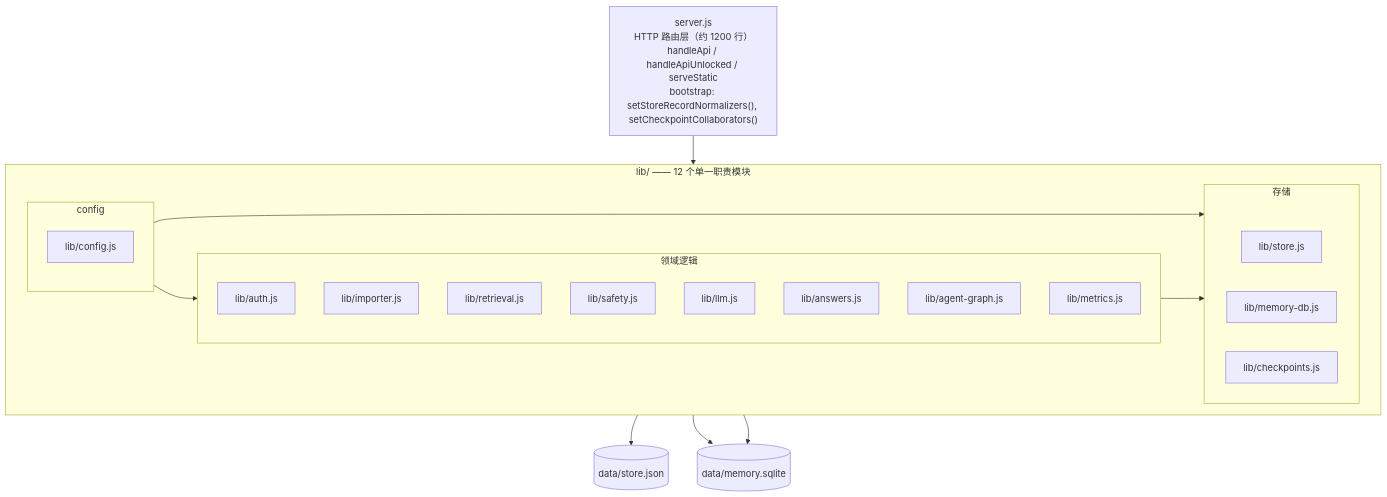
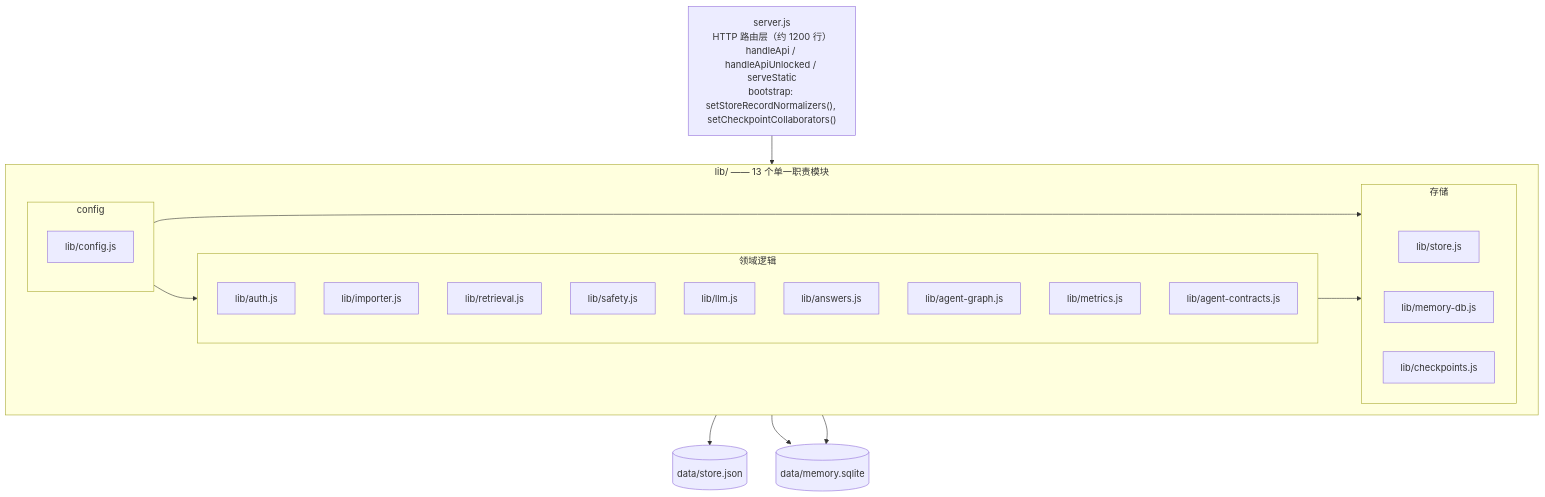
The first of 2 diagrams in README.zh-CN.md (yuk1no4090/Repomentor), drawn with Mermaid before and after one commit. The commit also changed other lines of this file and 24 other files, not shown here.

````diff
--- a/README.zh-CN.md
+++ b/README.zh-CN.md
@@ -34,37 +34,38 @@
 ```mermaid
 flowchart TD
     HTTP["server.js<br/>HTTP 路由层（约 1200 行）<br/>handleApi / handleApiUnlocked / serveStatic<br/>bootstrap: setStoreRecordNormalizers(), setCheckpointCollaborators()"]
 
-    subgraph LIB["lib/ —— 12 个单一职责模块"]
+    subgraph LIB["lib/ —— 13 个单一职责模块"]
         direction LR
         subgraph CFG["config"]
             C1["lib/config.js"]
         end
         subgraph STORE["存储"]
             S1["lib/store.js"]
             S2["lib/memory-db.js"]
             S3["lib/checkpoints.js"]
         end
         subgraph DOMAIN["领域逻辑"]
             D1["lib/auth.js"]
             D2["lib/importer.js"]
             D3["lib/retrieval.js"]
             D4["lib/safety.js"]
             D5["lib/llm.js"]
             D6["lib/answers.js"]
             D7["lib/agent-graph.js"]
             D8["lib/metrics.js"]
+            D9["lib/agent-contracts.js"]
         end
     end
 
     DATA1[("data/store.json")]
     DATA2[("data/memory.sqlite")]
 
     HTTP --> LIB
     CFG --> STORE
     CFG --> DOMAIN
     DOMAIN --> STORE
     S1 --> DATA1
     S2 --> DATA2
     S3 --> DATA2
 ```
````
